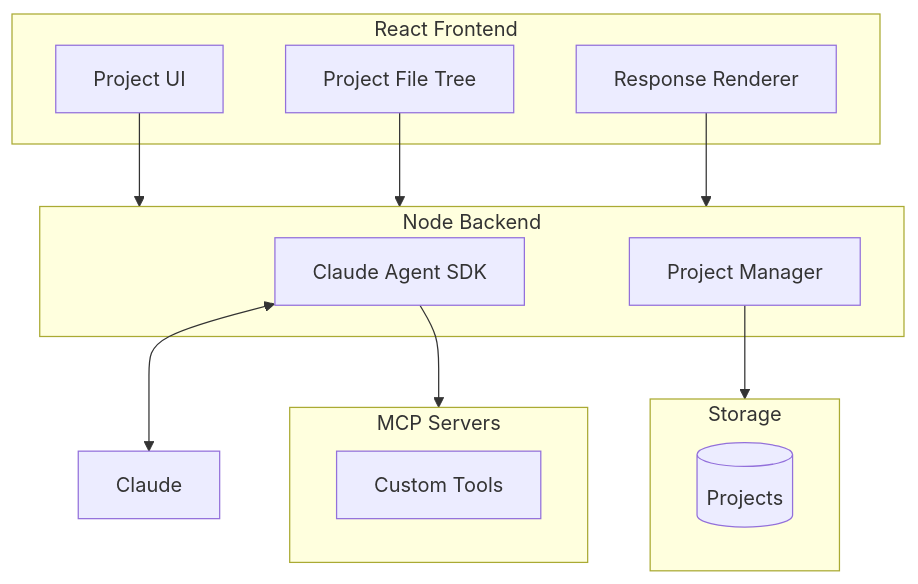
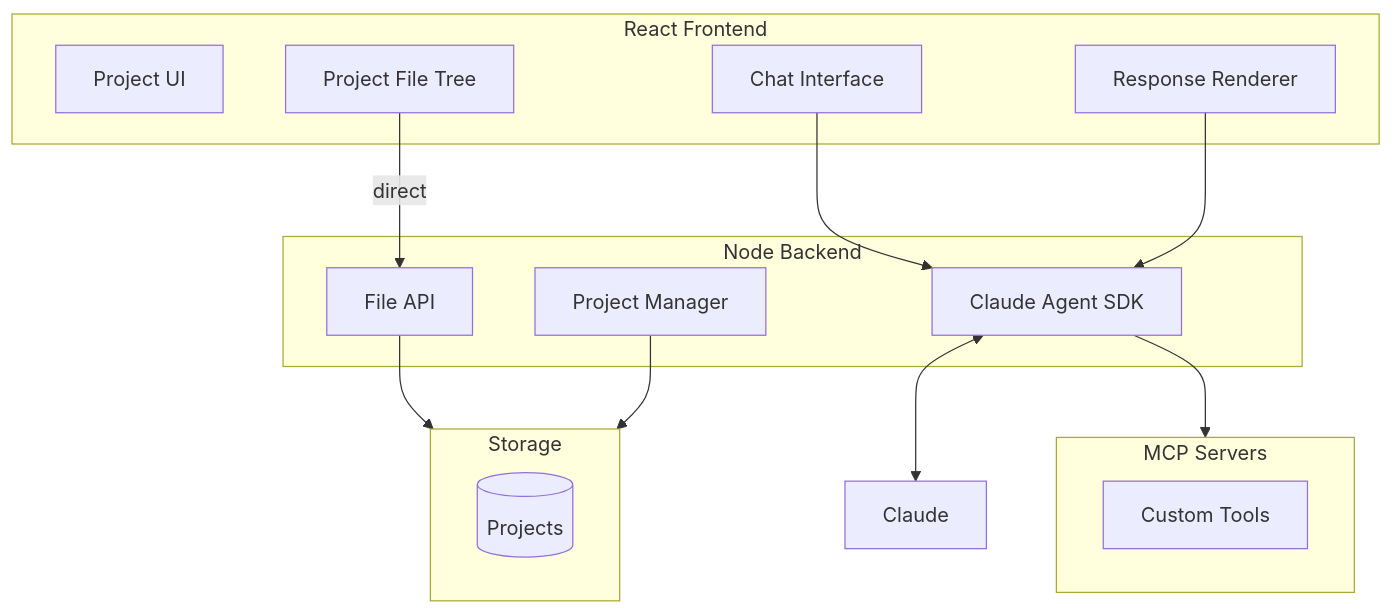
One commit to willhaslett/gimbal changed the diagram in ARCHITECTURE.md. Above: the diagram before and after it, drawn with Mermaid. The commit also changed other lines of this file and 5 other files, not shown here.

````diff
--- a/ARCHITECTURE.md
+++ b/ARCHITECTURE.md
@@ -17,28 +34,31 @@
 ```mermaid
 flowchart TB
     subgraph Frontend["React Frontend"]
         UI[Project UI]
         FileTree[Project File Tree]
+        Chat[Chat Interface]
         ResponseRenderer[Response Renderer]
     end
 
     subgraph Backend["Node Backend"]
+        FileAPI[File API]
         SDK[Claude Agent SDK]
         ProjectManager[Project Manager]
     end
 
     subgraph MCP["MCP Servers"]
         Tools[Custom Tools]
     end
 
     subgraph Storage["Storage"]
         Projects[(Projects)]
     end
 
-    UI --> Backend
-    FileTree --> Backend
-    ResponseRenderer --> Backend
+    FileTree -->|direct| FileAPI
+    Chat --> SDK
+    ResponseRenderer --> SDK
     SDK --> MCP
+    FileAPI --> Storage
     ProjectManager --> Storage
     SDK <--> Claude
 ```
````
